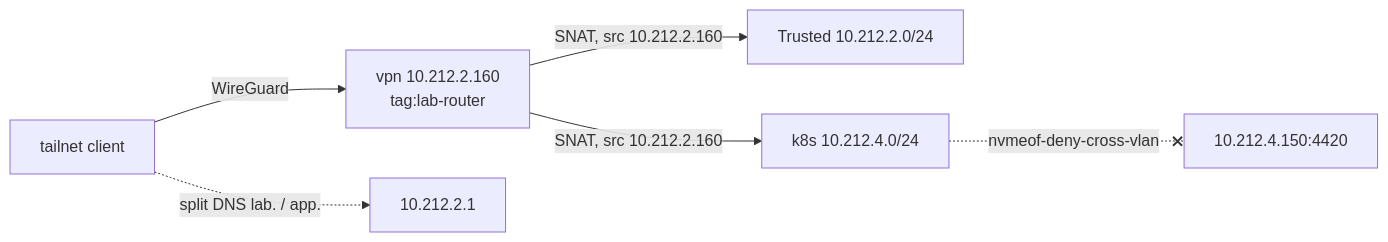
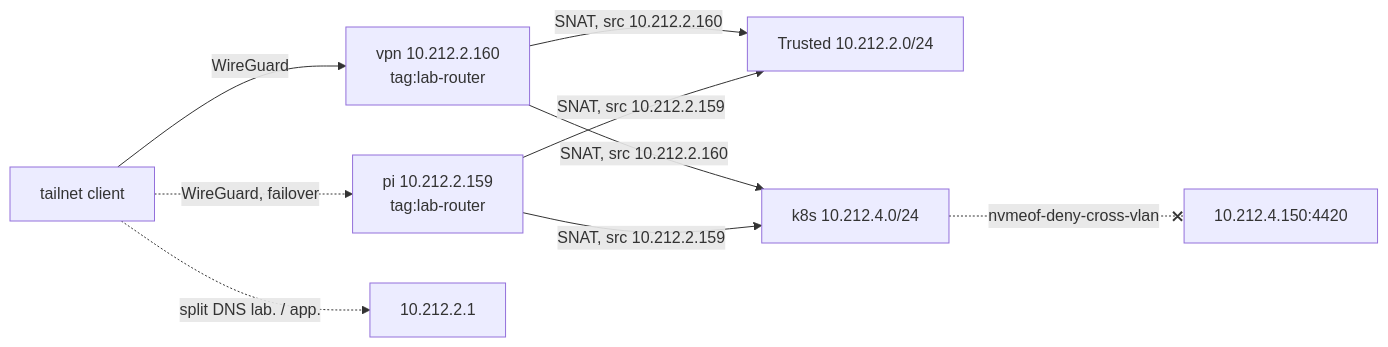
Before and after one commit to Sojamann/homelab: the diagram in docs/src/platform/vpn.md, drawn with Mermaid. The commit also changed other lines of this file and 19 other files, not shown here.

````diff
--- a/docs/src/platform/vpn.md
+++ b/docs/src/platform/vpn.md
@@ -32,8 +34,10 @@
 ```mermaid
 graph LR
   C["tailnet client"] -->|WireGuard| VPN["vpn 10.212.2.160<br/>tag:lab-router"]
+  C -.->|"WireGuard, failover"| PI["pi 10.212.2.159<br/>tag:lab-router"]
   VPN -->|"SNAT, src 10.212.2.160"| T["Trusted 10.212.2.0/24"]
   VPN -->|"SNAT, src 10.212.2.160"| K["k8s 10.212.4.0/24"]
+  PI -->|"SNAT, src 10.212.2.159"| T & K
   K -.-x|"nvmeof-deny-cross-vlan"| N["10.212.4.150:4420"]
   C -.->|"split DNS lab. / app."| R["10.212.2.1"]
 ```
````
